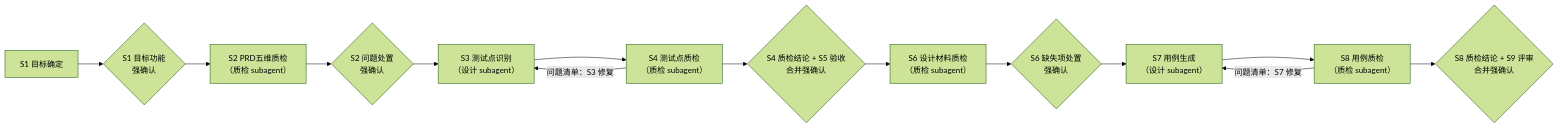
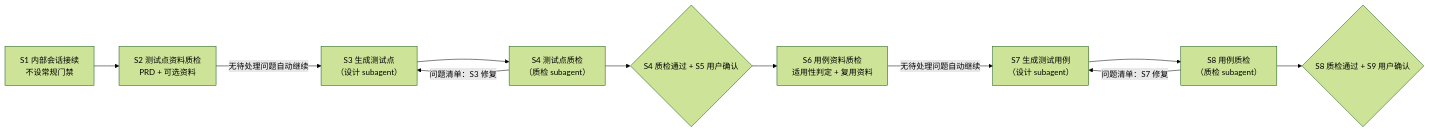
The diagram in DESIGN.md (cuixujia/test-expert-agent), drawn with Mermaid (forest theme) before and after one commit. The commit also changed other lines of this file and 30 other files, not shown here.

````diff
--- a/DESIGN.md
+++ b/DESIGN.md
@@ -100,16 +98,13 @@
 ```mermaid
 flowchart LR
-    S1["S1 目标确定"] --> G1{"S1 目标功能<br>强确认"}
-    G1 --> S2["S2 PRD五维质检<br>（质检 subagent）"]
-    S2 --> G2{"S2 问题处置<br>强确认"}
-    G2 --> S3["S3 测试点识别<br>（设计 subagent）"]
+    S1["S1 内部会话接续<br>不设常规门禁"] --> S2["S2 测试点资料质检<br>PRD + 可选资料"]
+    S2 -->|无待处理问题自动继续| S3["S3 生成测试点<br>（设计 subagent）"]
     S3 --> S4["S4 测试点质检<br>（质检 subagent）"]
     S4 -->|"问题清单：S3 修复"| S3
-    S4 --> G45{"S4 质检结论 + S5 验收<br>合并强确认"}
-    G45 --> S6["S6 设计材料质检<br>（质检 subagent）"]
-    S6 --> G6{"S6 缺失项处置<br>强确认"}
-    G6 --> S7["S7 用例生成<br>（设计 subagent）"]
+    S4 --> G45{"S4 质检通过 + S5 用户确认"}
+    G45 --> S6["S6 用例资料质检<br>适用性判定 + 复用资料"]
+    S6 -->|无待处理问题自动继续| S7["S7 生成测试用例<br>（设计 subagent）"]
     S7 --> S8["S8 用例质检<br>（质检 subagent）"]
     S8 -->|"问题清单：S7 修复"| S7
-    S8 --> G89{"S8 质检结论 + S9 评审<br>合并强确认"}
+    S8 --> G89{"S8 质检通过 + S9 用户确认"}
 ```
````
